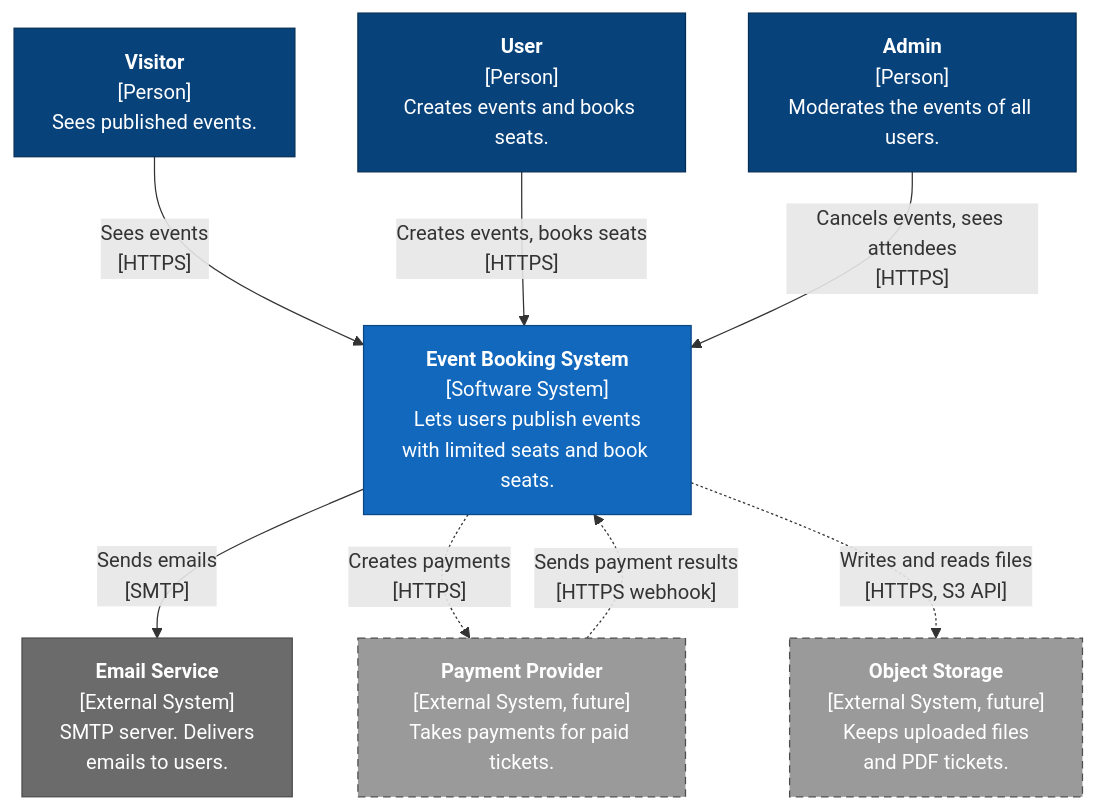
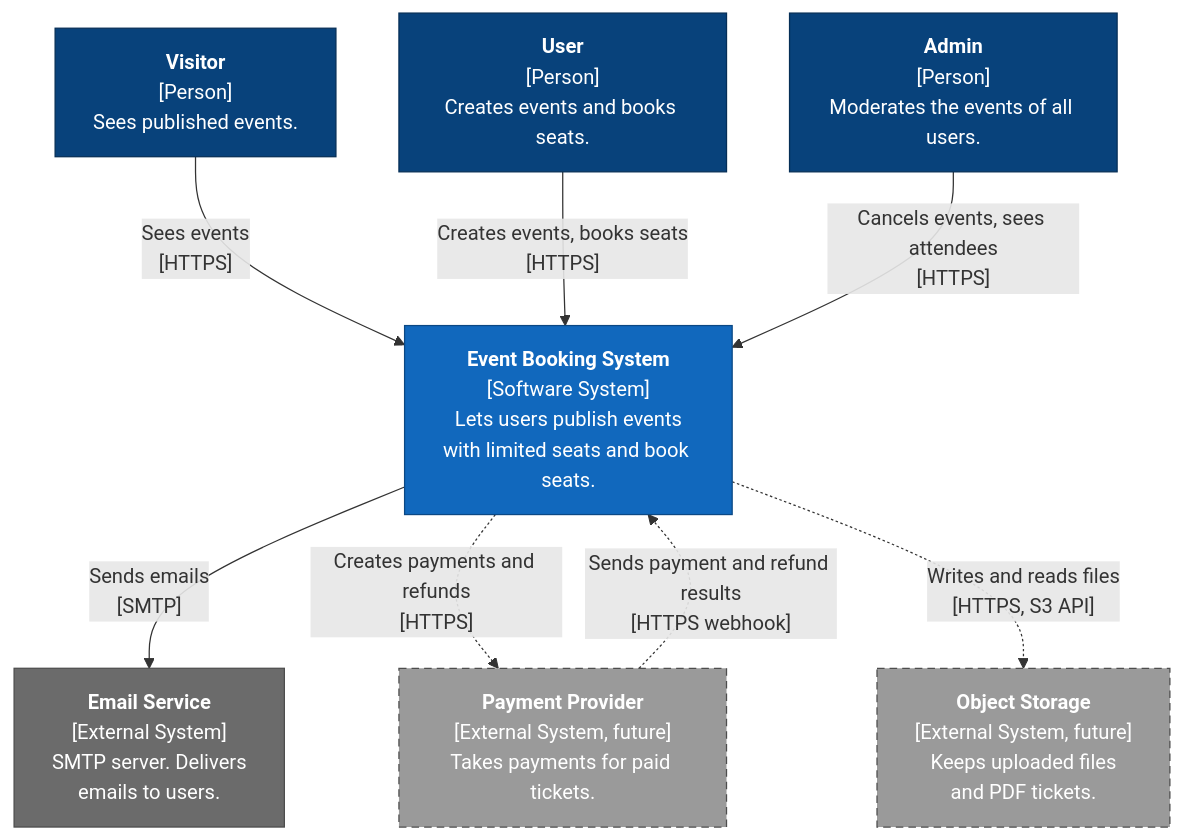
Before and after one commit to Leonelmarianog/event-booking-system: the diagram in docs/design/c4-context.md, drawn with Mermaid. The commit also changed 2 other files, not shown here.

Commit message:
docs: update ERD and C4 diagrams for payments and refunds

````diff
--- a/docs/design/c4-context.md
+++ b/docs/design/c4-context.md
@@ -11,32 +11,32 @@
 ```mermaid
 flowchart TB
     visitor["<b>Visitor</b><br/>[Person]<br/>Sees published events."]
     user["<b>User</b><br/>[Person]<br/>Creates events and books seats."]
     admin["<b>Admin</b><br/>[Person]<br/>Moderates the events of all users."]
 
     system["<b>Event Booking System</b><br/>[Software System]<br/>Lets users publish events<br/>with limited seats and book seats."]
 
     email["<b>Email Service</b><br/>[External System]<br/>SMTP server. Delivers<br/>emails to users."]
     payment["<b>Payment Provider</b><br/>[External System, future]<br/>Takes payments for paid tickets."]
     storage["<b>Object Storage</b><br/>[External System, future]<br/>Keeps uploaded files<br/>and PDF tickets."]
 
     visitor -->|"Sees events<br/>[HTTPS]"| system
     user -->|"Creates events, books seats<br/>[HTTPS]"| system
     admin -->|"Cancels events, sees attendees<br/>[HTTPS]"| system
 
     system -->|"Sends emails<br/>[SMTP]"| email
 
-    system -.->|"Creates payments<br/>[HTTPS]"| payment
-    payment -.->|"Sends payment results<br/>[HTTPS webhook]"| system
+    system -.->|"Creates payments and refunds<br/>[HTTPS]"| payment
+    payment -.->|"Sends payment and refund results<br/>[HTTPS webhook]"| system
     system -.->|"Writes and reads files<br/>[HTTPS, S3 API]"| storage
 
     classDef person fill:#08427b,stroke:#052e56,color:#ffffff
     classDef internal fill:#1168bd,stroke:#0b4884,color:#ffffff
     classDef external fill:#6b6b6b,stroke:#4d4d4d,color:#ffffff
     classDef future fill:#9a9a9a,stroke:#4d4d4d,color:#ffffff,stroke-dasharray:6 4
 
     class visitor,user,admin person
     class system internal
     class email external
     class payment,storage future
 ```
````
